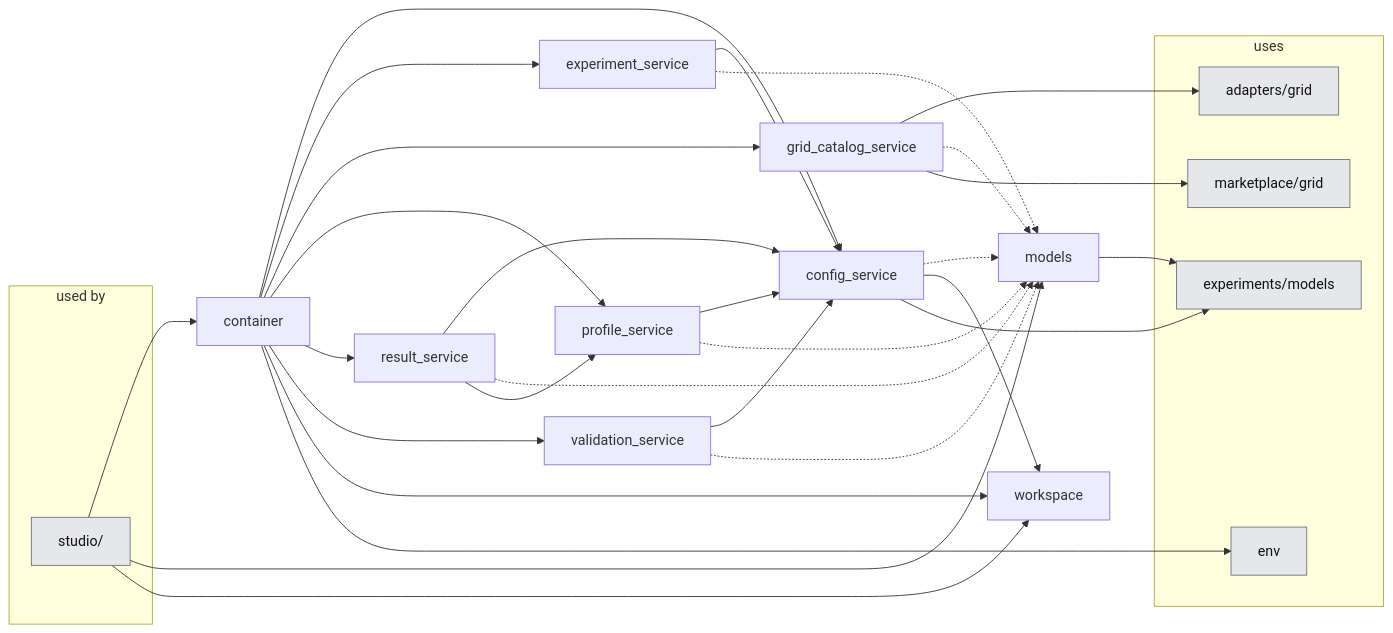
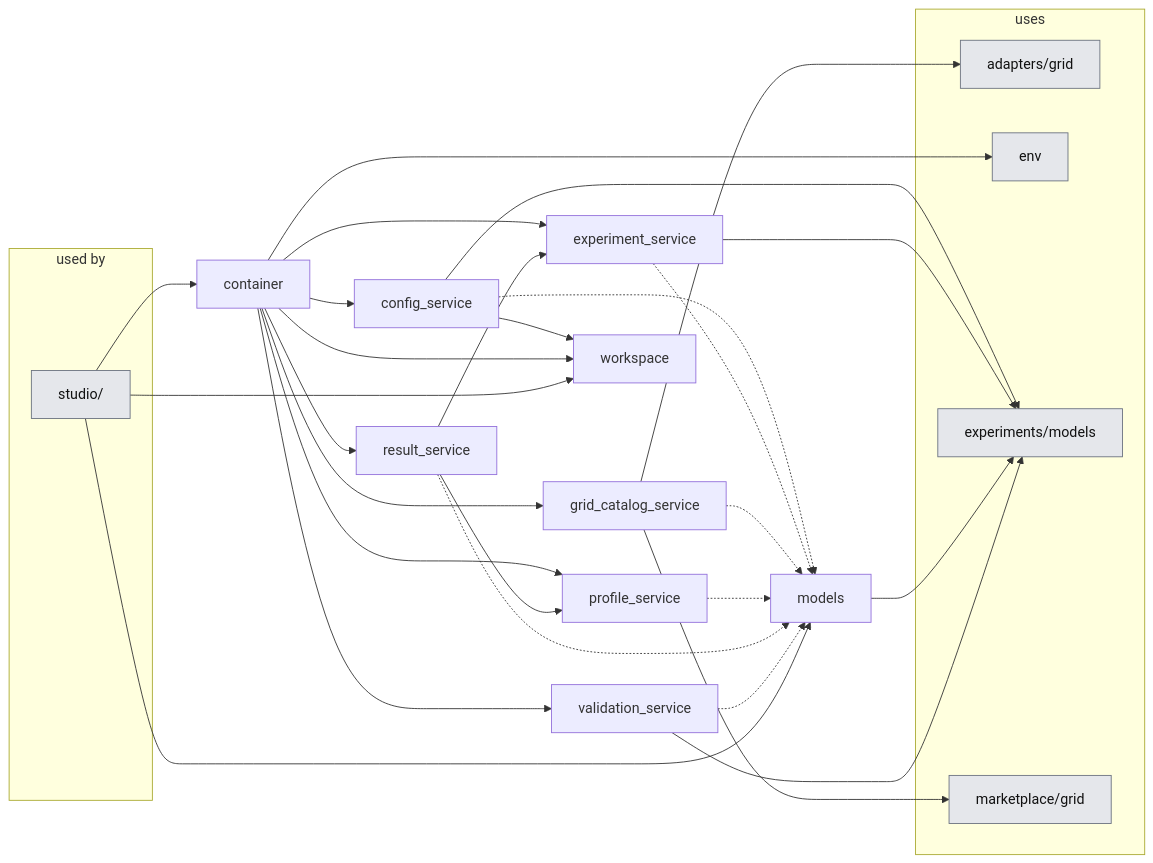
The second of 2 diagrams in docs_thesis/thesis/architecture/04-application-layer.md (KevinRapo/P2P-thesis), drawn with Mermaid before and after one commit. The commit also changed other lines of this file and 29 other files, not shown here.

First line of the commit message:
refactor(application): one class per service, built in place

````diff
--- a/docs_thesis/thesis/architecture/04-application-layer.md
+++ b/docs_thesis/thesis/architecture/04-application-layer.md
@@ -61,49 +61,48 @@
 ```mermaid
 flowchart LR
   subgraph USERS["used by"]
     n_studio__users_["studio/"]:::ext
   end
   n_application_config_service["config_service"]
   n_application_container["container"]
   n_application_experiment_service["experiment_service"]
   n_application_grid_catalog_service["grid_catalog_service"]
   n_application_models["models"]
   n_application_profile_service["profile_service"]
   n_application_result_service["result_service"]
   n_application_validation_service["validation_service"]
   n_application_workspace["workspace"]
   subgraph USES["uses"]
     n_adapters_grid["adapters/grid"]:::ext
     n_env["env"]:::ext
     n_experiments_models["experiments/models"]:::ext
     n_marketplace_grid["marketplace/grid"]:::ext
   end
   n_application_config_service -.-> n_application_models
   n_application_config_service --> n_application_workspace
   n_application_config_service --> n_experiments_models
   n_application_container --> n_application_config_service
   n_application_container --> n_application_experiment_service
   n_application_container --> n_application_grid_catalog_service
   n_application_container --> n_application_profile_service
   n_application_container --> n_application_result_service
   n_application_container --> n_application_validation_service
   n_application_container --> n_application_workspace
   n_application_container --> n_env
-  n_application_experiment_service --> n_application_config_service
   n_application_experiment_service -.-> n_application_models
+  n_application_experiment_service --> n_experiments_models
   n_application_grid_catalog_service --> n_adapters_grid
   n_application_grid_catalog_service -.-> n_application_models
   n_application_grid_catalog_service --> n_marketplace_grid
   n_application_models --> n_experiments_models
-  n_application_profile_service --> n_application_config_service
   n_application_profile_service -.-> n_application_models
-  n_application_result_service --> n_application_config_service
+  n_application_result_service --> n_application_experiment_service
   n_application_result_service -.-> n_application_models
   n_application_result_service --> n_application_profile_service
-  n_application_validation_service --> n_application_config_service
   n_application_validation_service -.-> n_application_models
+  n_application_validation_service --> n_experiments_models
   n_studio__users_ --> n_application_container
   n_studio__users_ --> n_application_models
   n_studio__users_ --> n_application_workspace
   classDef ext fill:#e5e7eb,stroke:#6b7280,color:#111
 ```
````
